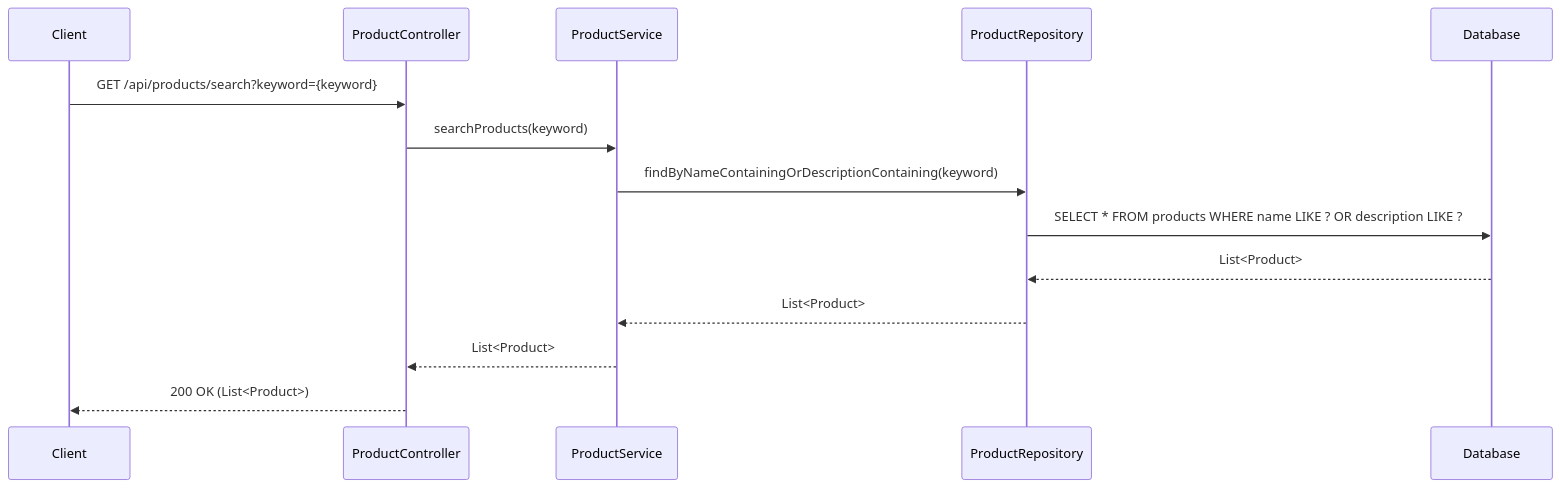
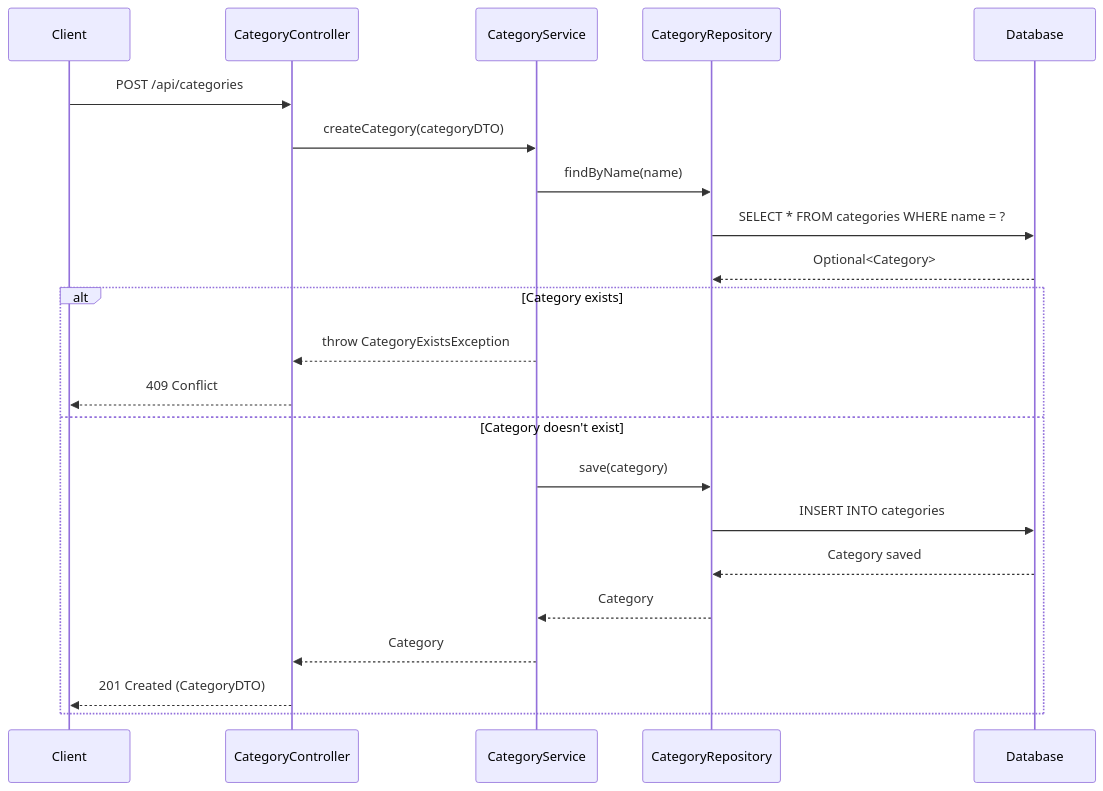
Before and after one commit to NavneetBN47/aava-ecom-demo: the eighth of 13 diagrams in docs/LLD/modified_lld.md, drawn with Mermaid. The commit also changed other lines of this file, not shown here.

````diff
--- a/docs/LLD/modified_lld.md
+++ b/docs/LLD/modified_lld.md
@@ -368,17 +430,26 @@
 ```mermaid
 sequenceDiagram
     participant Client
-    participant ProductController
-    participant ProductService
-    participant ProductRepository
+    participant CategoryController
+    participant CategoryService
+    participant CategoryRepository
     participant Database
 
-    Client->>ProductController: GET /api/products/search?keyword={keyword}
-    ProductController->>ProductService: searchProducts(keyword)
-    ProductService->>ProductRepository: findByNameContainingOrDescriptionContaining(keyword)
-    ProductRepository->>Database: SELECT * FROM products WHERE name LIKE ? OR description LIKE ?
-    Database-->>ProductRepository: List<Product>
-    ProductRepository-->>ProductService: List<Product>
-    ProductService-->>ProductController: List<Product>
-    ProductController-->>Client: 200 OK (List<Product>)
+    Client->>CategoryController: POST /api/categories
+    CategoryController->>CategoryService: createCategory(categoryDTO)
+    CategoryService->>CategoryRepository: findByName(name)
+    CategoryRepository->>Database: SELECT * FROM categories WHERE name = ?
+    Database-->>CategoryRepository: Optional<Category>
+    
+    alt Category exists
+        CategoryService-->>CategoryController: throw CategoryExistsException
+        CategoryController-->>Client: 409 Conflict
+    else Category doesn't exist
+        CategoryService->>CategoryRepository: save(category)
+        CategoryRepository->>Database: INSERT INTO categories
+        Database-->>CategoryRepository: Category saved
+        CategoryRepository-->>CategoryService: Category
+        CategoryService-->>CategoryController: Category
+        CategoryController-->>Client: 201 Created (CategoryDTO)
+    end
 ```
````
